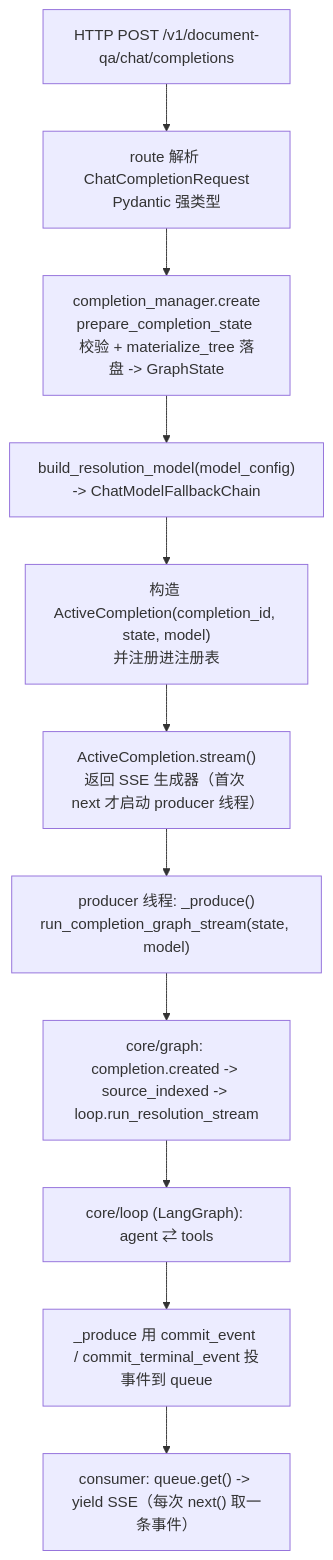
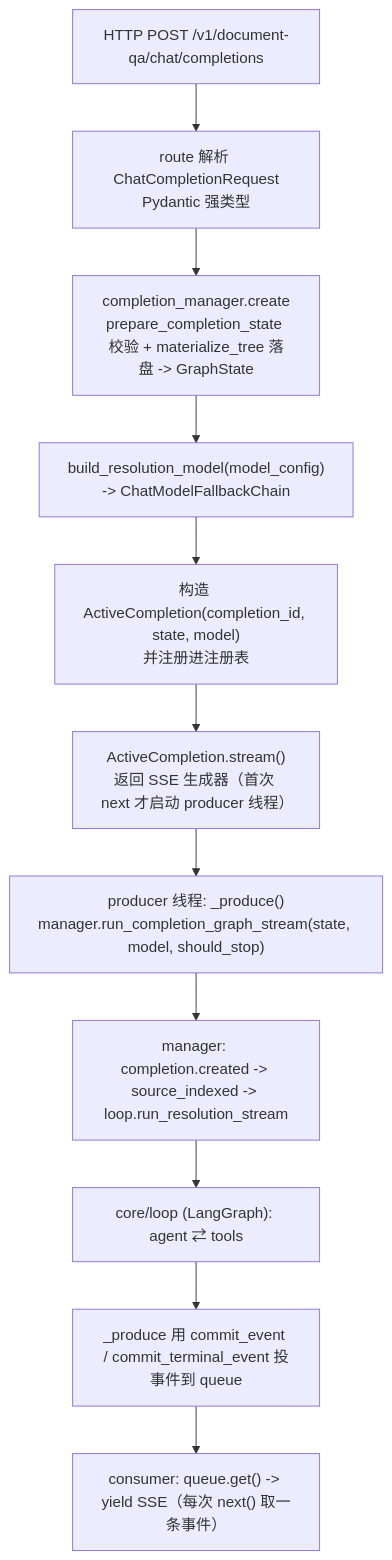
Before and after one commit to ADChahaha/TraceAgent: the first of 2 diagrams in agent/service/file_extraction_agent/docs/flowchart.md, drawn with Mermaid. The commit also changed other lines of this file and 10 other files, not shown here.

````diff
--- a/agent/service/file_extraction_agent/docs/flowchart.md
+++ b/agent/service/file_extraction_agent/docs/flowchart.md
@@ -5,14 +5,14 @@
 ```mermaid
 flowchart TD
     A[HTTP POST /v1/document-qa/chat/completions]
     A --> B["route 解析 ChatCompletionRequest<br/>Pydantic 强类型"]
     B --> C["completion_manager.create<br/>prepare_completion_state 校验 + materialize_tree 落盘 -> GraphState"]
     C --> D["build_resolution_model(model_config)<br/>-> ChatModelFallbackChain"]
     D --> E["构造 ActiveCompletion(completion_id, state, model)<br/>并注册进注册表"]
     E --> F["ActiveCompletion.stream()<br/>返回 SSE 生成器（首次 next 才启动 producer 线程）"]
-    F --> G["producer 线程: _produce()<br/>run_completion_graph_stream(state, model)"]
-    G --> H["core/graph: completion.created -> source_indexed -> loop.run_resolution_stream"]
+    F --> G["producer 线程: _produce()<br/>manager.run_completion_graph_stream(state, model, should_stop)"]
+    G --> H["manager: completion.created -> source_indexed -> loop.run_resolution_stream"]
     H --> I["core/loop (LangGraph): agent ⇄ tools"]
     I --> J["_produce 用 commit_event / commit_terminal_event 投事件到 queue"]
     J --> K["consumer: queue.get() -> yield SSE（每次 next() 取一条事件）"]
 ```
````
